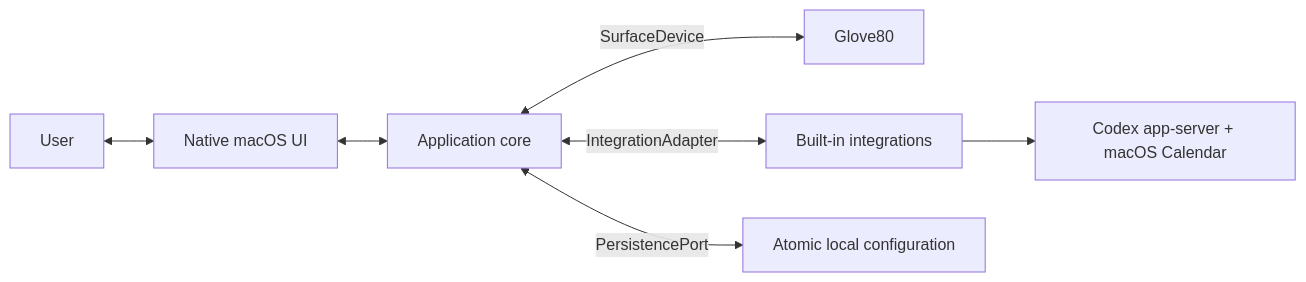
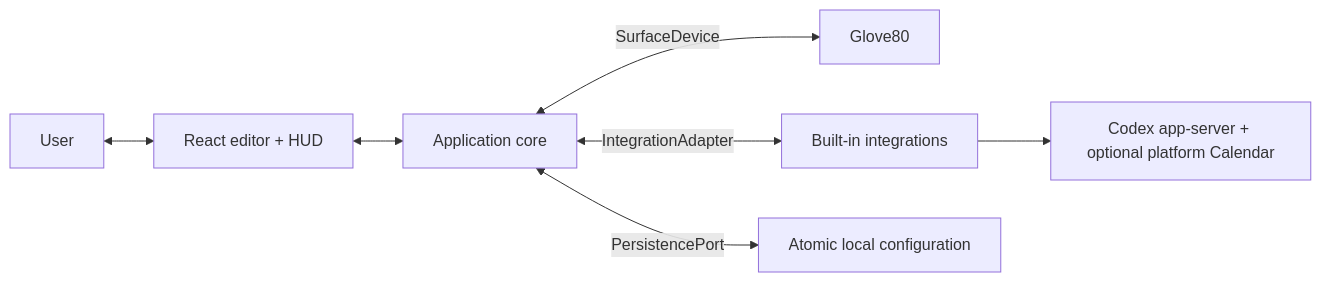
One commit to ralfboltshauser/glove80-control-surface changed the diagram in docs/application.md. Above: the diagram before and after it, drawn with Mermaid. The commit also changed other lines of this file and 59 other files, not shown here.

````diff
--- a/docs/application.md
+++ b/docs/application.md
@@ -24,9 +24,9 @@
 ```mermaid
 flowchart LR
-    User["User"] <--> UI["Native macOS UI"]
+    User["User"] <--> UI["React editor + HUD"]
     UI <--> Core["Application core"]
     Core <-->|"SurfaceDevice"| Keyboard["Glove80"]
     Core <-->|"IntegrationAdapter"| Integrations["Built-in integrations"]
     Core <-->|"PersistencePort"| Files["Atomic local configuration"]
-    Integrations --> Services["Codex app-server + macOS Calendar"]
+    Integrations --> Services["Codex app-server + optional platform Calendar"]
 ```
````
